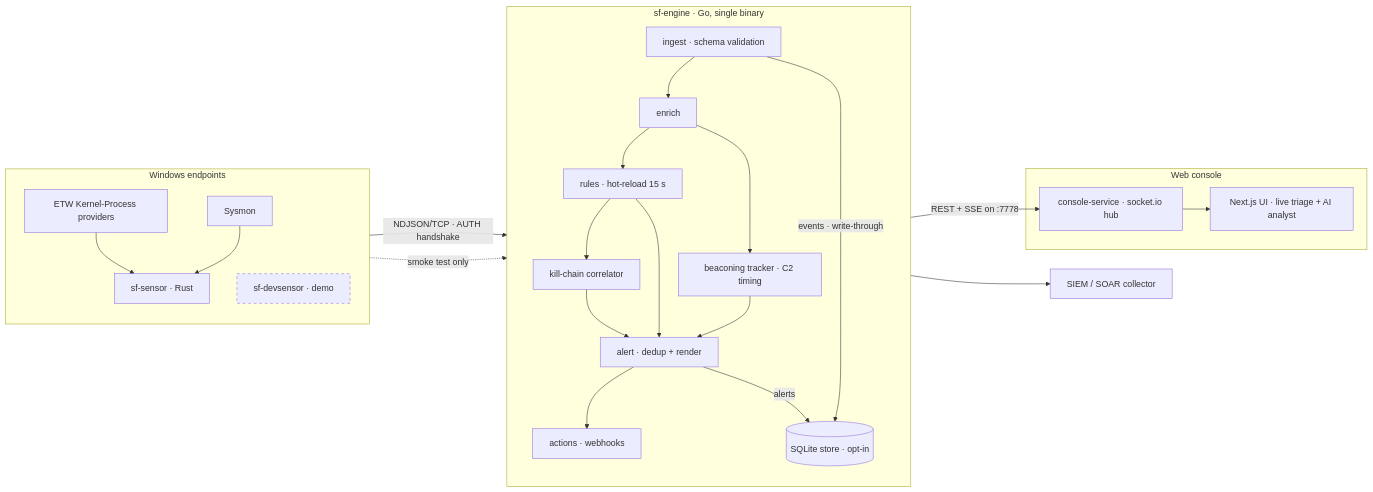
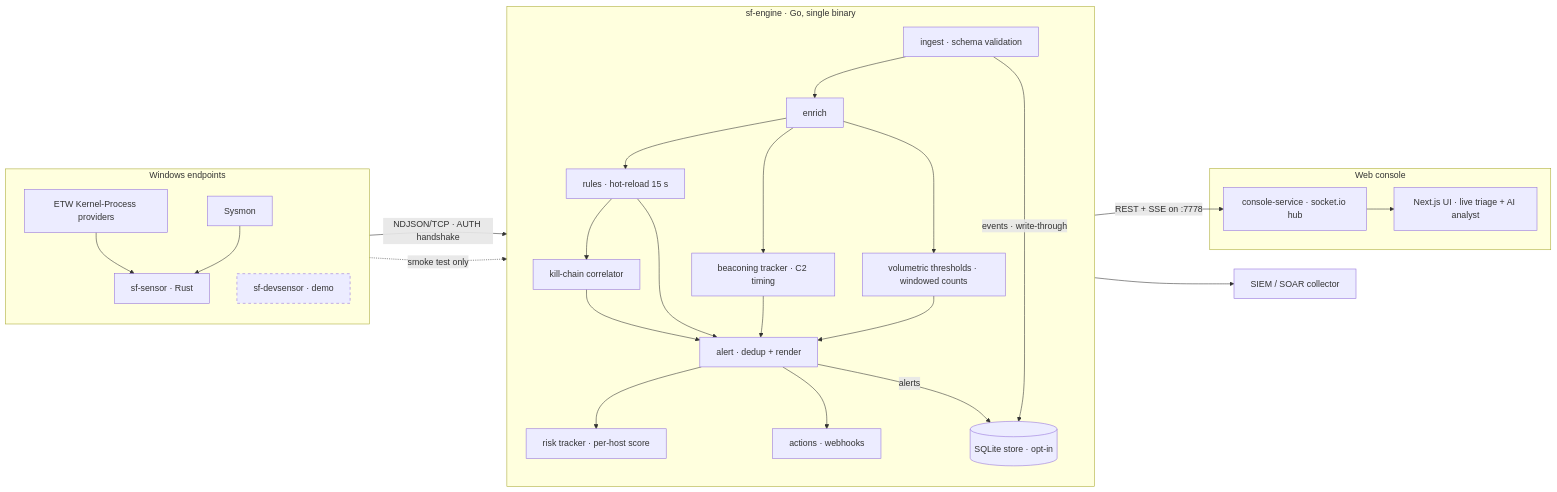
The diagram in README.md (Ruby570bocadito/bluetardigrade), drawn with Mermaid before and after one commit. The commit also changed other lines of this file and 5 other files, not shown here.

Commit message:
polish(03A): README layout+Mermaid y diagrama al estado implementado, roadmap v0.3 a 9/17, guard .gitignore para agent/ (colocacion de skills adoptada de 03-B tras rebase) + informe de ronda (A)

````diff
--- a/README.md
+++ b/README.md
@@ -107,35 +107,38 @@
 ```mermaid
 flowchart LR
     subgraph EP["Windows endpoints"]
         direction TB
         ETW["ETW Kernel-Process providers"] --> RS["sf-sensor · Rust"]
         SYS["Sysmon"] --> RS
         DS["sf-devsensor · demo"]:::demo
     end
 
     RS -- "NDJSON/TCP · AUTH handshake" --> ING
     DS -. "smoke test only" .-> ING
 
     subgraph ENG["sf-engine · Go, single binary"]
         direction TB
         ING["ingest · schema validation"] --> ENR["enrich"]
         ENR --> RUL["rules · hot-reload 15 s"]
         ENR --> BCN["beaconing tracker · C2 timing"]
+        ENR --> THR["volumetric thresholds · windowed counts"]
         RUL --> COR["kill-chain correlator"]
         RUL --> ALR["alert · dedup + render"]
         COR --> ALR
         BCN --> ALR
+        THR --> ALR
+        ALR --> RSK["risk tracker · per-host score"]
         ALR --> ACT["actions · webhooks"]
         ING -- "events · write-through" --> ST[("SQLite store · opt-in")]
         ALR -- "alerts" --> ST
     end
 
     ACT --> WH["SIEM / SOAR collector"]
     ENG -- "REST + SSE on :7778" --> HUB
 
     subgraph CON["Web console"]
         HUB["console-service · socket.io hub"] --> UI["Next.js UI · live triage + AI analyst"]
     end
 
     classDef demo stroke-dasharray: 5 5;
 ```
````
